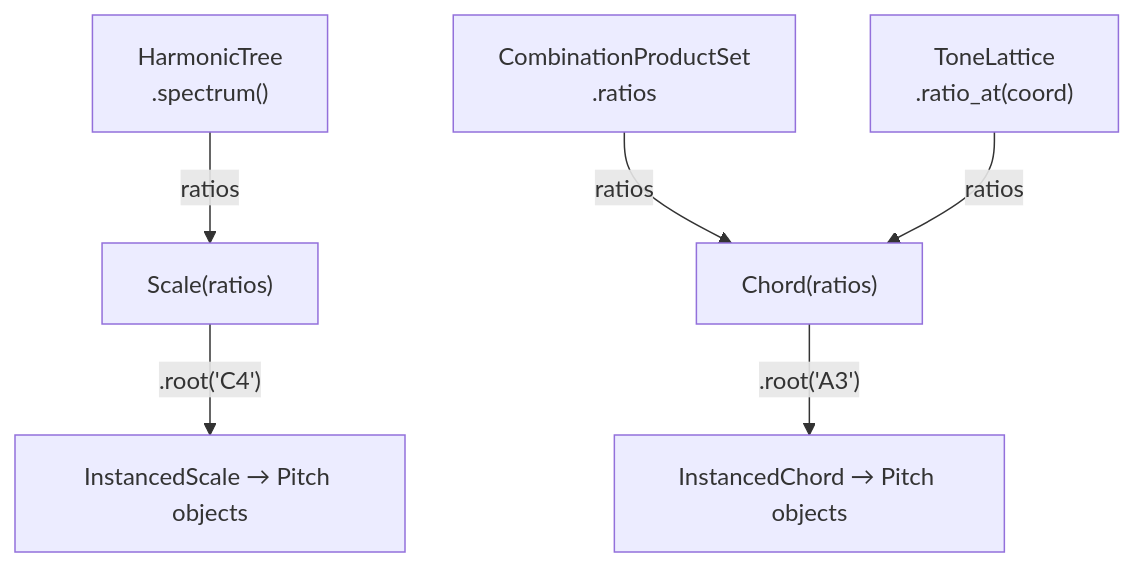
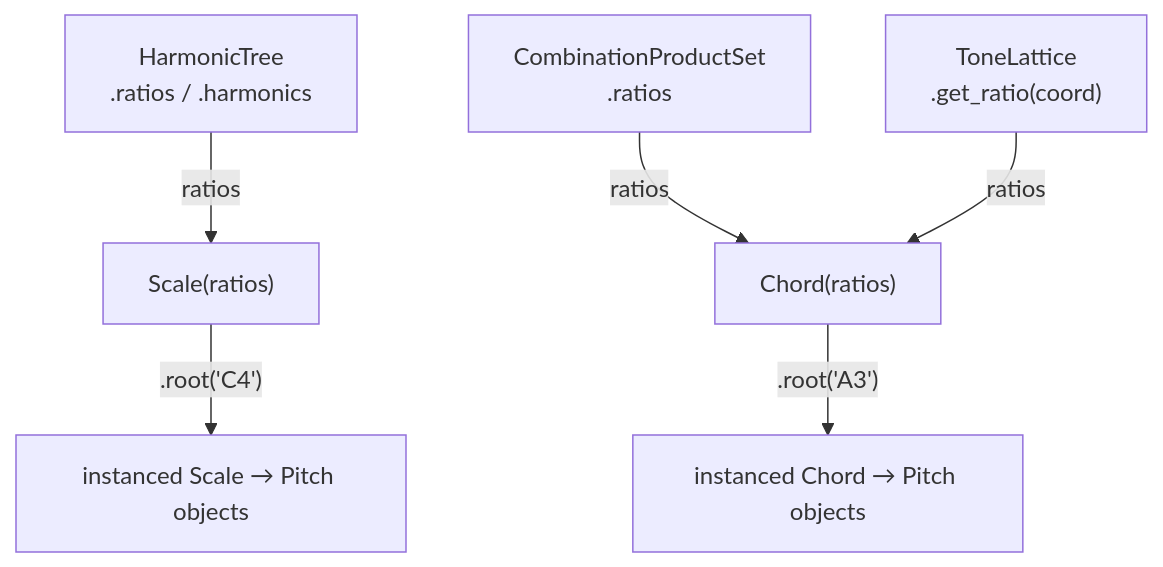
Before and after one commit to kr4g/Klotho: the fifth of 5 diagrams in docs/architecture/11_PITCH_COLLECTIONS.md, drawn with Mermaid. The commit also changed other lines of this file and 13 other files, not shown here.

First line of the commit message:
Overhaul architecture docs for Klotho 10.x API

````diff
--- a/docs/architecture/11_PITCH_COLLECTIONS.md
+++ b/docs/architecture/11_PITCH_COLLECTIONS.md
@@ -315,9 +317,9 @@
 ```mermaid
 flowchart TD
-    HT["HarmonicTree<br/>.spectrum()"] -->|"ratios"| SCALE["Scale(ratios)"]
+    HT["HarmonicTree<br/>.ratios / .harmonics"] -->|"ratios"| SCALE["Scale(ratios)"]
     CPS["CombinationProductSet<br/>.ratios"] -->|"ratios"| CHORD["Chord(ratios)"]
-    TL["ToneLattice<br/>.ratio_at(coord)"] -->|"ratios"| CHORD
+    TL["ToneLattice<br/>.get_ratio(coord)"] -->|"ratios"| CHORD
 
-    SCALE -->|".root('C4')"| INST["InstancedScale → Pitch objects"]
-    CHORD -->|".root('A3')"| INST2["InstancedChord → Pitch objects"]
+    SCALE -->|".root('C4')"| INST["instanced Scale → Pitch objects"]
+    CHORD -->|".root('A3')"| INST2["instanced Chord → Pitch objects"]
 ```
````
